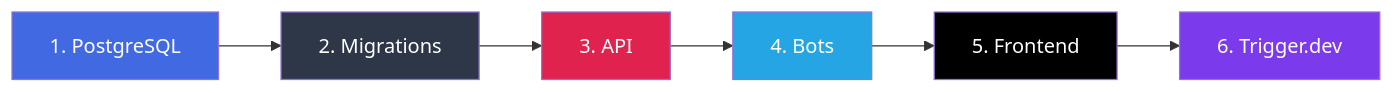
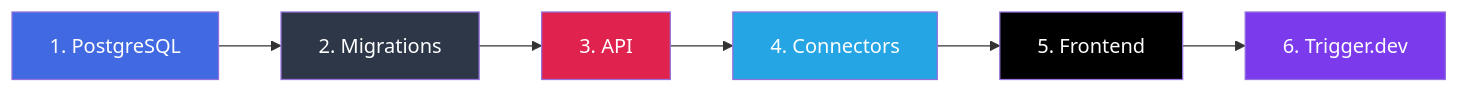
The seventh of 7 diagrams in README.md (kolezka/flowbot), drawn with Mermaid before and after one commit. The commit also changed other lines of this file, not shown here.

Commit message:
docs: update README.md for unified connector architecture

````diff
--- a/README.md
+++ b/README.md
@@ -539,15 +525,15 @@
 ```mermaid
 graph LR
     PG["1. PostgreSQL"] --> MIG["2. Migrations"]
     MIG --> API["3. API"]
-    API --> BOTS["4. Bots"]
-    BOTS --> FE["5. Frontend"]
+    API --> CON["4. Connectors"]
+    CON --> FE["5. Frontend"]
     FE --> TRIG["6. Trigger.dev"]
 
     style PG fill:#4169E1,color:#fff
     style MIG fill:#2D3748,color:#fff
     style API fill:#e0234e,color:#fff
-    style BOTS fill:#26A5E4,color:#fff
+    style CON fill:#26A5E4,color:#fff
     style FE fill:#000,color:#fff
     style TRIG fill:#7C3AED,color:#fff
 ```
````
